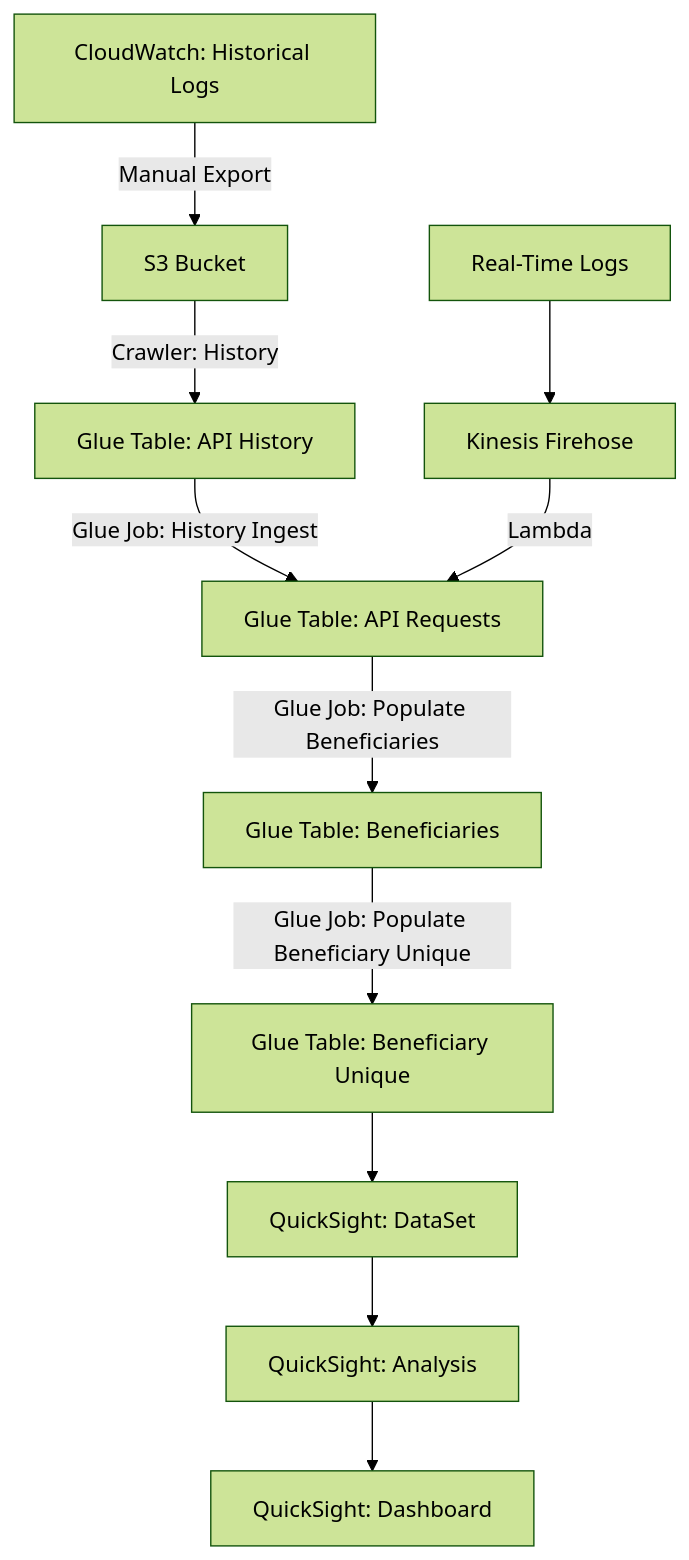
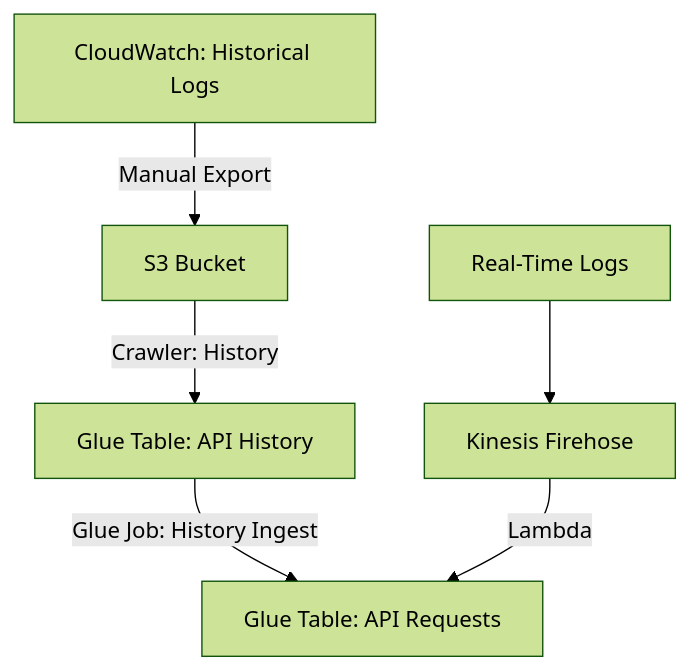
The first of 2 diagrams in insights/terraform/projects/bfd/README.md (CMSgov/beneficiary-fhir-data), drawn with Mermaid (forest theme) before and after one commit. The commit also changed other lines of this file, not shown here.

````diff
--- a/insights/terraform/projects/bfd/README.md
+++ b/insights/terraform/projects/bfd/README.md
@@ -9,15 +11,9 @@
 ```mermaid
 flowchart TD
     CloudWatch["CloudWatch: Historical Logs"] -->|Manual Export| S3
     S3["S3 Bucket"] -->|Crawler: History| History["Glue Table: API History"]
     History -->|Glue Job: History Ingest| APIRequests["Glue Table: API Requests"]
 
     EC2["Real-Time Logs"] --> Firehose["Kinesis Firehose"]
     Firehose -->|Lambda| APIRequests
-
-    APIRequests -->|Glue Job: Populate Beneficiaries| Beneficiaries["Glue Table: Beneficiaries"]
-    Beneficiaries -->|Glue Job: Populate Beneficiary Unique| BeneUnique["Glue Table: Beneficiary Unique"]
-    BeneUnique --> DataSet["QuickSight: DataSet"]
-    DataSet --> Analysis["QuickSight: Analysis"]
-    Analysis --> Dashboard["QuickSight: Dashboard"]
 ```
````
